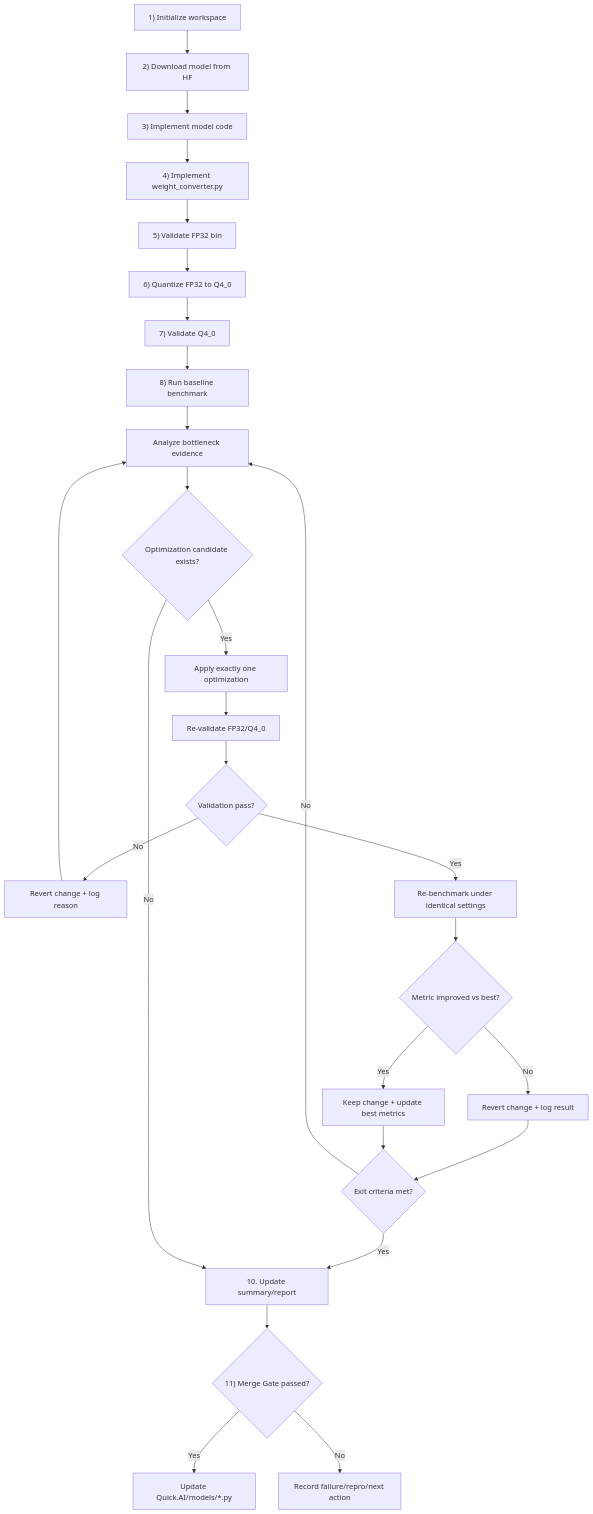
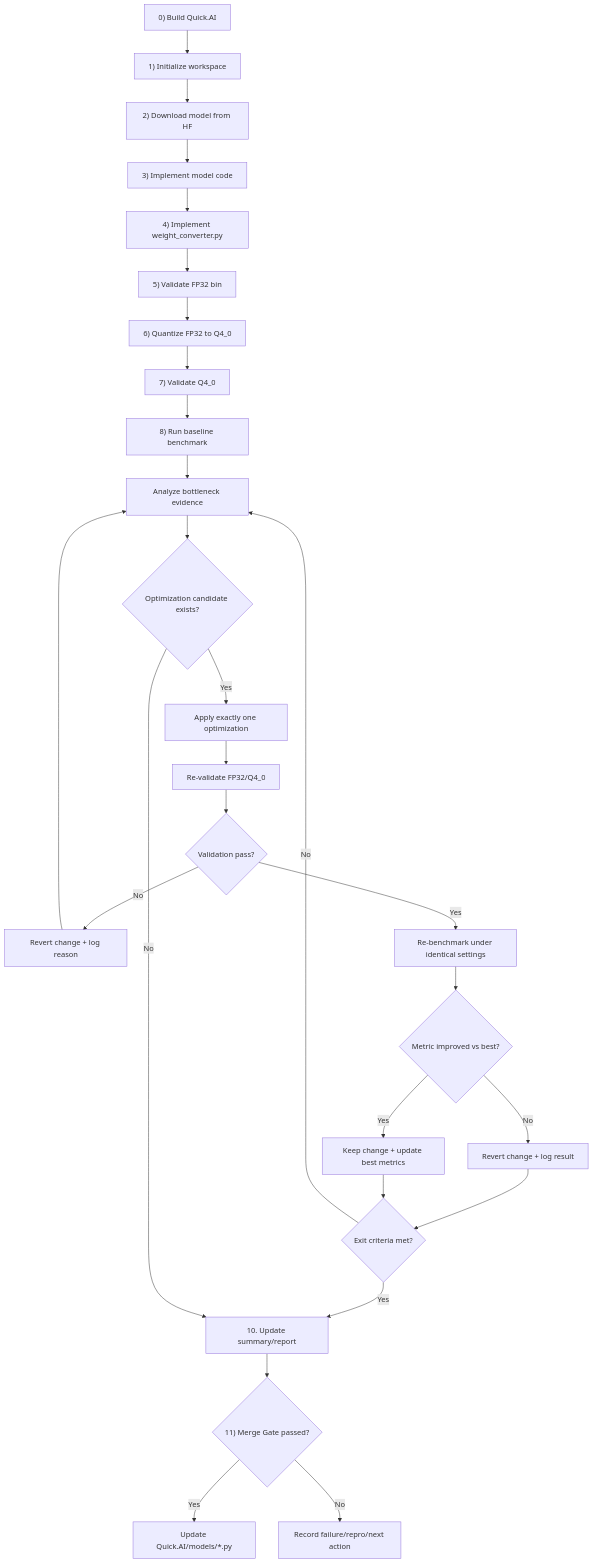
The diagram in tools/model_onboarding_agent/README.md (Jungwon-Lee/Quick.AI), drawn with Mermaid before and after one commit. The commit also changed other lines of this file and 1 other file, not shown here.

Commit message:
Update README to build the project before Agent Workflow

````diff
--- a/tools/model_onboarding_agent/README.md
+++ b/tools/model_onboarding_agent/README.md
@@ -40,32 +43,33 @@
 ```mermaid
 flowchart TD
-    A["1) Initialize workspace"] --> B["2) Download model from HF"]
+    Z["0) Build Quick.AI"] --> A["1) Initialize workspace"]
+    A --> B["2) Download model from HF"]
     B --> C["3) Implement model code"]
     C --> D["4) Implement weight_converter.py"]
     D --> E["5) Validate FP32 bin"]
     E --> F["6) Quantize FP32 to Q4_0"]
     F --> G["7) Validate Q4_0"]
 
     G --> H["8) Run baseline benchmark"]
     H --> I[Analyze bottleneck evidence]
     I --> J{Optimization candidate exists?}
 
     J -->|Yes| K[Apply exactly one optimization]
     K --> L[Re-validate FP32/Q4_0]
     L --> M{Validation pass?}
     M -->|No| N[Revert change + log reason]
     N --> I
     M -->|Yes| O[Re-benchmark under identical settings]
     O --> P{Metric improved vs best?}
     P -->|No| Q[Revert change + log result]
     Q --> R{Exit criteria met?}
     P -->|Yes| S[Keep change + update best metrics]
     S --> R
     R -->|No| I
     R -->|Yes| T[10. Update summary/report]
 
     J -->|No| T
     T --> U{"11) Merge Gate passed?"}
     U -->|Yes| V[Update Quick.AI/models/*.py]
     U -->|No| W[Record failure/repro/next action]
 ```
````
